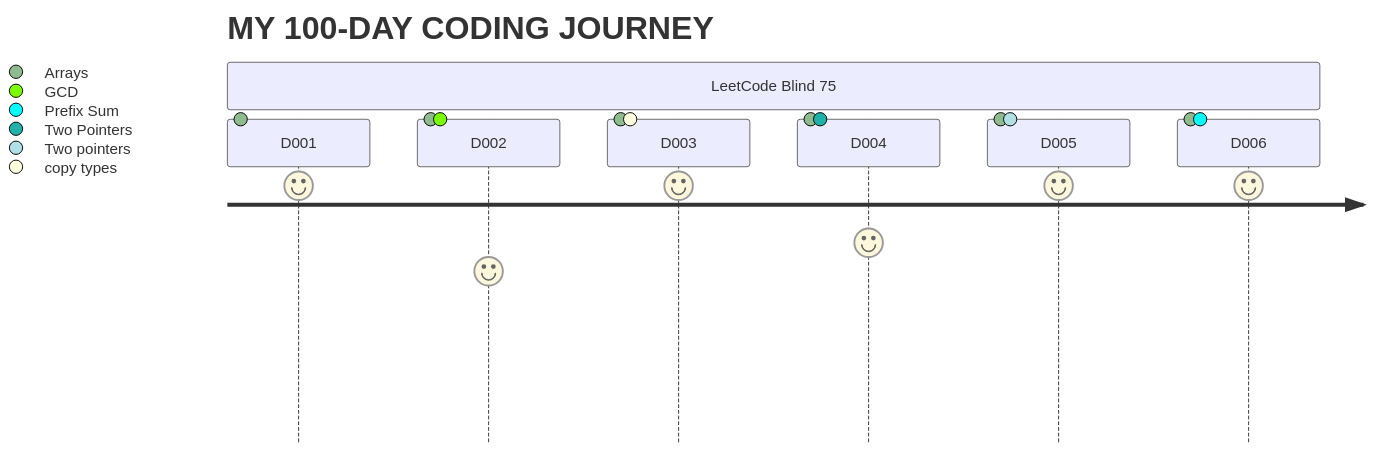
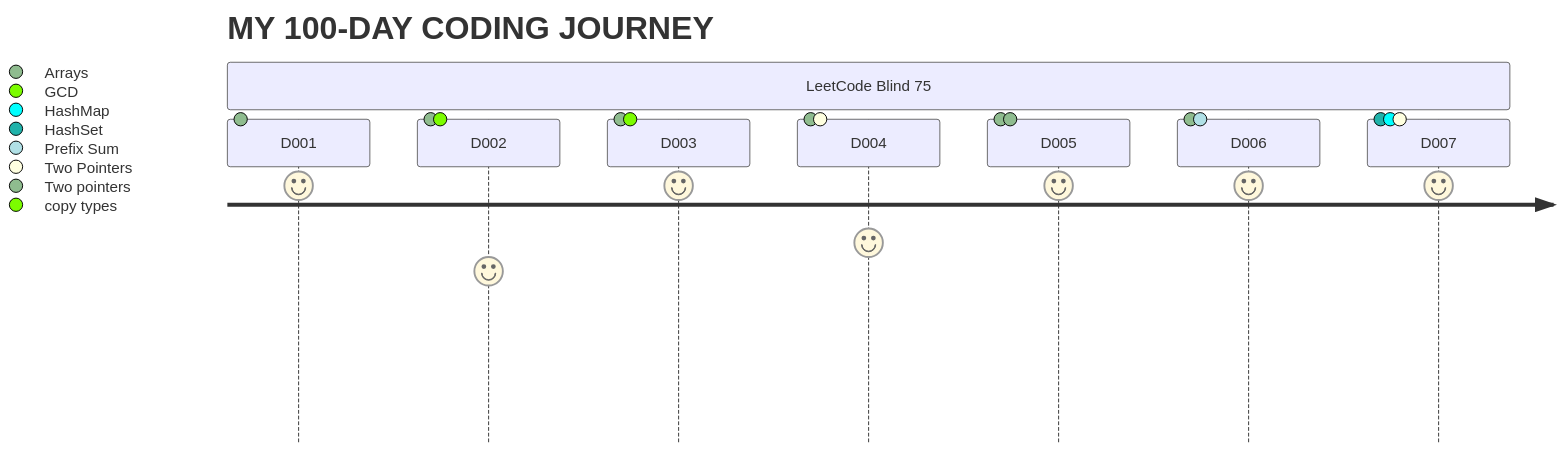
One commit to Edddush/100-days-of-code changed the diagram in log.md. Above: the diagram before and after it, drawn with Mermaid. The commit also changed other lines of this file, not shown here.

````diff
--- a/log.md
+++ b/log.md
@@ -3,11 +3,12 @@
 ```mermaid
 journey
     title MY 100-DAY CODING JOURNEY
     section LeetCode Blind 75
       D001: 9: Arrays
       D002: 6: Arrays, GCD
       D003: 9: Arrays, copy types
       D004: 7: Arrays, Two Pointers
       D005: 9: Arrays, Two pointers
       D006: 9: Arrays, Prefix Sum
+      D007: 9: HashSet, HashMap, Two Pointers
 ```
````
